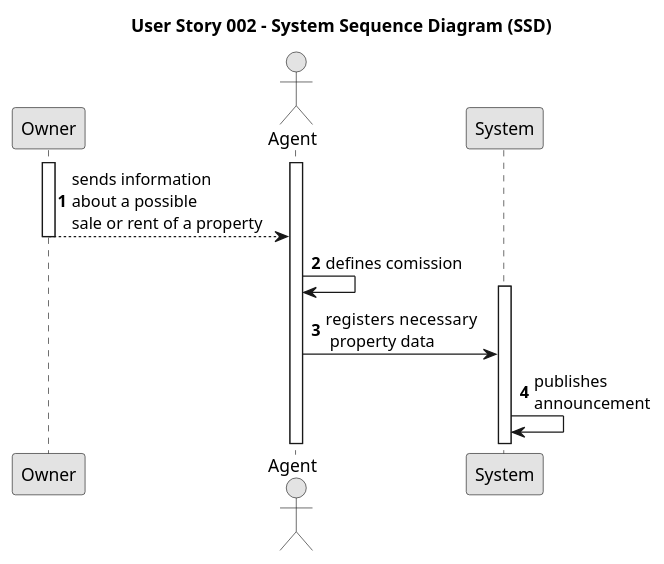
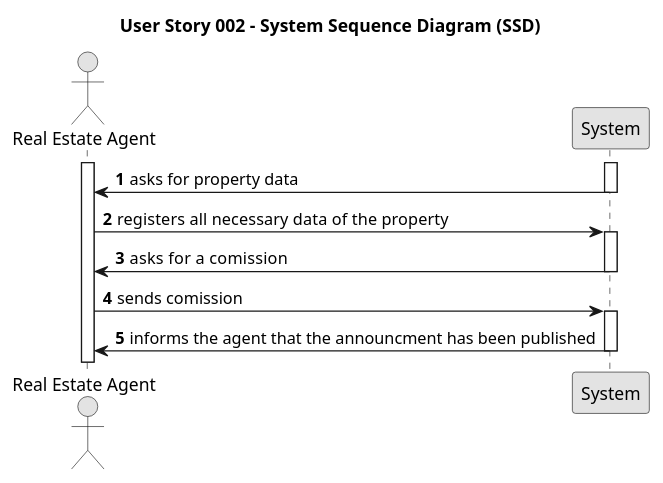
The diagram in docs/sprintA/us002/01.requirements-engineering/puml/us002-system-sequence-diagram-alternative-one.puml (Rodrick0209/ISEP-LAPR2-22-23), drawn with PlantUML before and after one commit. The commit also changed 3 other files, not shown here.

```diff
--- a/docs/sprintA/us002/01.requirements-engineering/puml/us002-system-sequence-diagram-alternative-one.puml
+++ b/docs/sprintA/us002/01.requirements-engineering/puml/us002-system-sequence-diagram-alternative-one.puml
@@ -1,41 +1,46 @@
 @startuml
 skinparam monochrome true
 skinparam packageStyle rectangle
 skinparam shadowing false
 
 title User Story 002 - System Sequence Diagram (SSD)
 
 
 autonumber
 
 
-participant "Owner" as Owner
-actor "Agent" as Agent
+
+actor "Real Estate Agent" as Agent
 participant "System" as System
 
+
+activate System
 activate Agent
-activate Owner
 
 
- Owner --> Agent : sends information \nabout a possible\nsale or rent of a property
- deactivate Owner
+    System -> Agent: asks for property data
+    deactivate System
 
 
-    Agent-> Agent: defines comission
+    Agent -> System :registers  all necessary data of the property
 
     activate System
 
-    Agent -> System :registers  necessary\n property data
-      System -> System : publishes \nannouncement
+    System-> Agent:asks for a  comission
+     deactivate System
+   Agent-> System:sends comission
 
+   activate System
+System -> Agent : informs the agent that the announcment has been published
+deactivate System
 
 
 
 
 
 
 
 
 
 
 @enduml
```
